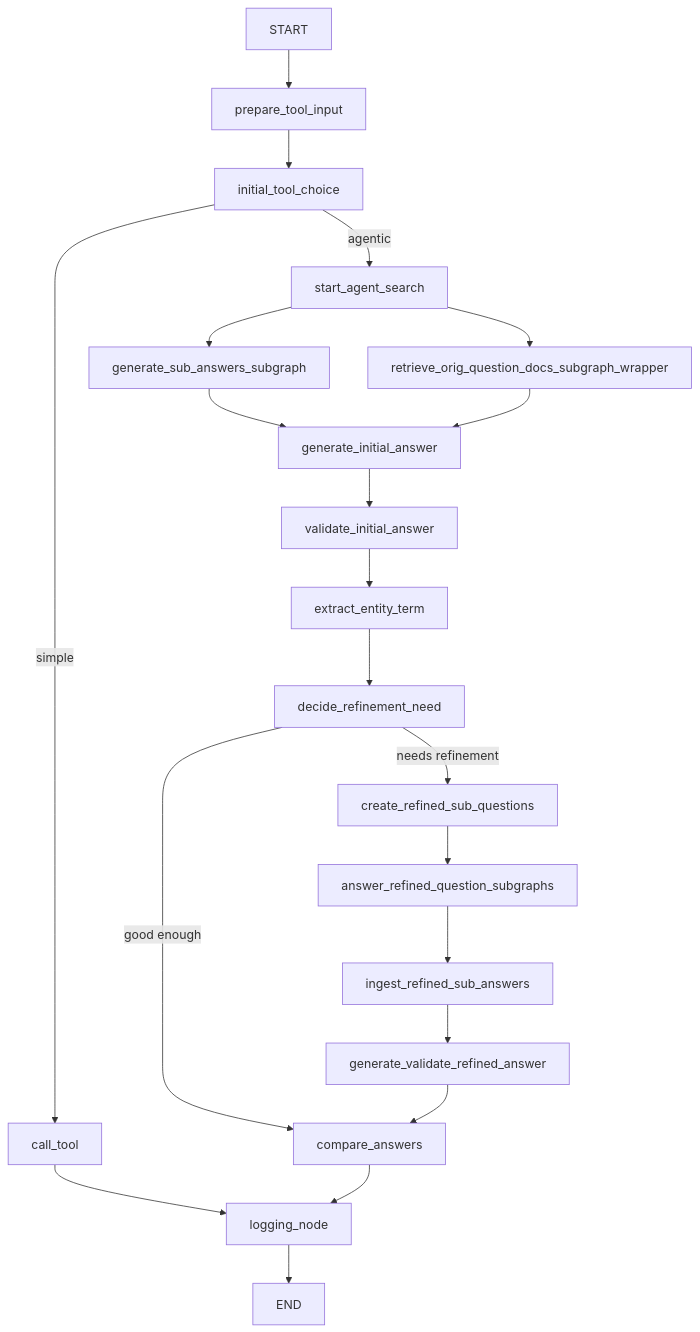
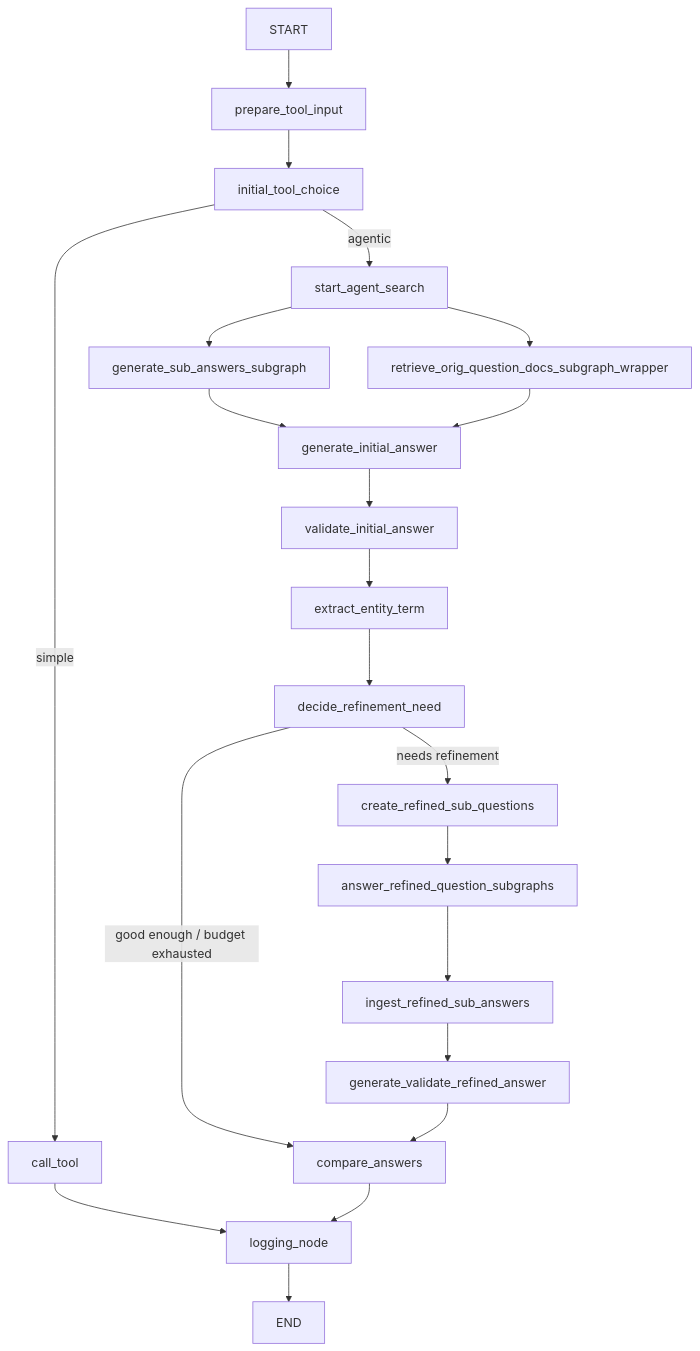
Before and after one commit to warlockdn/langgraph-search-agent: the diagram in README.md, drawn with Mermaid. The commit also changed other lines of this file, not shown here.

````diff
--- a/README.md
+++ b/README.md
@@ -7,30 +14,31 @@
 ```mermaid
 flowchart TD
     A["START"] --> B["prepare_tool_input"]
     B --> C["initial_tool_choice"]
 
     C -->|simple| D["call_tool"]
     C -->|agentic| E["start_agent_search"]
 
     D --> P["logging_node"]
 
     E --> F["generate_sub_answers_subgraph"]
     E --> G["retrieve_orig_question_docs_subgraph_wrapper"]
+
     F --> H["generate_initial_answer"]
     G --> H
 
     H --> I["validate_initial_answer"]
     I --> J["extract_entity_term"]
     J --> K["decide_refinement_need"]
 
     K -->|needs refinement| L["create_refined_sub_questions"]
-    K -->|good enough| O["compare_answers"]
+    K -->|good enough / budget exhausted| O["compare_answers"]
 
     L --> M["answer_refined_question_subgraphs"]
     M --> N["ingest_refined_sub_answers"]
     N --> Q["generate_validate_refined_answer"]
     Q --> O
 
     O --> P
     P --> R["END"]
 ```
````
